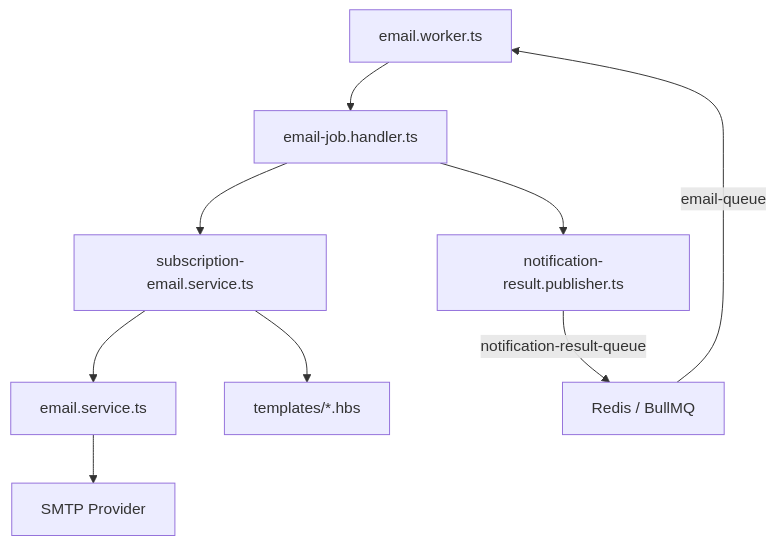
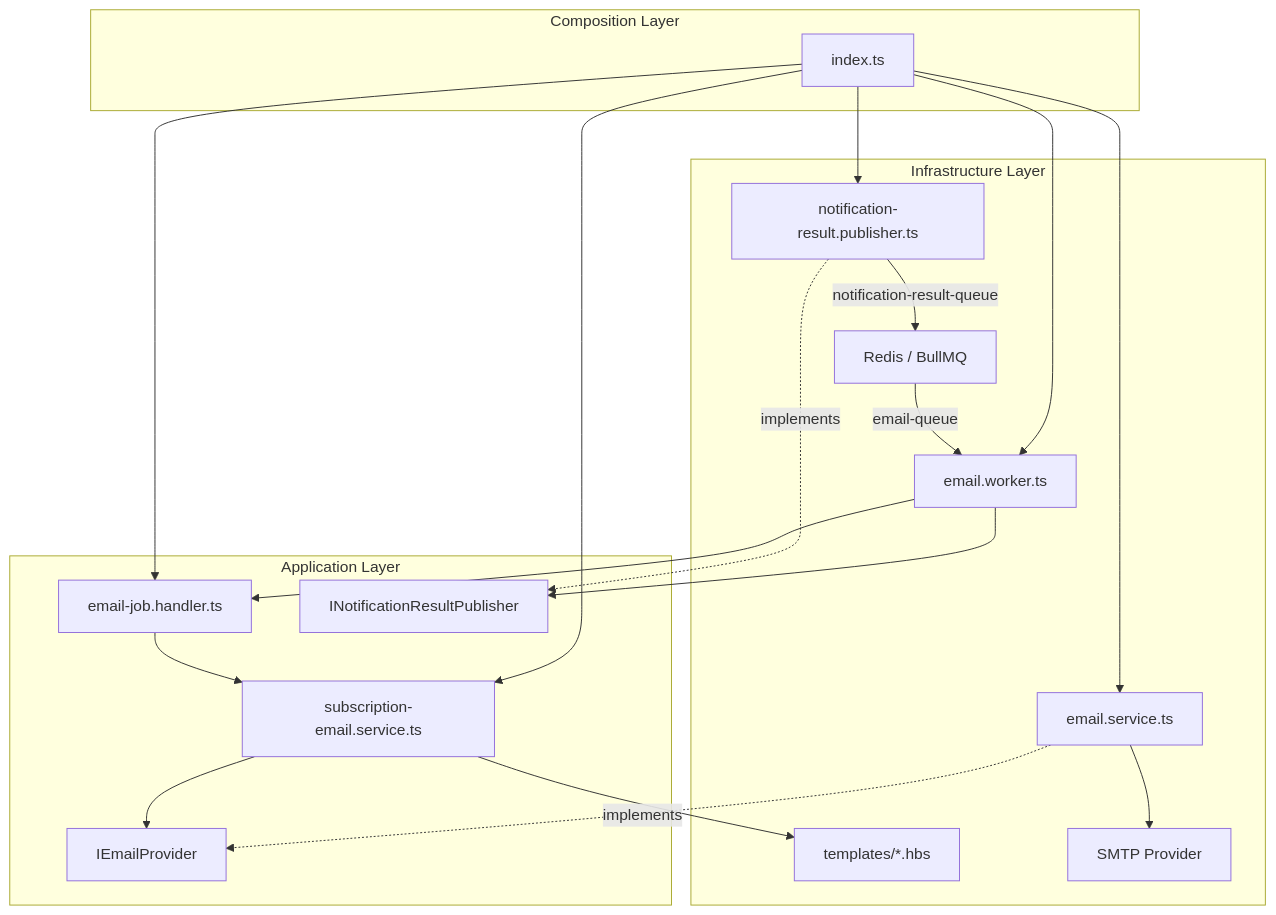
One commit to GenesisEducationKyiv/software-engineering-school-6-0-IvanGodPro24 changed the sixth of 7 diagrams in docs/architecture.md. Above: the diagram before and after it, drawn with Mermaid. The commit also changed other lines of this file and 1 other file, not shown here.

````diff
--- a/docs/architecture.md
+++ b/docs/architecture.md
@@ -225,20 +354,38 @@
 ```mermaid
 flowchart TD
-    Worker[email.worker.ts]
-    Handler[email-job.handler.ts]
-    SubscriptionEmailService[subscription-email.service.ts]
-    EmailService[email.service.ts]
-    Templates[templates/*.hbs]
-    Publisher[notification-result.publisher.ts]
-    Redis[Redis / BullMQ]
-    SMTP[SMTP Provider]
+    subgraph Composition["Composition Layer"]
+        Entry[index.ts]
+    end
 
+    subgraph Application["Application Layer"]
+        Handler[email-job.handler.ts]
+        SubscriptionEmailService[subscription-email.service.ts]
+        EmailProviderPort[IEmailProvider]
+        ResultPublisherPort[INotificationResultPublisher]
+    end
+
+    subgraph Infrastructure["Infrastructure Layer"]
+        Worker[email.worker.ts]
+        EmailService[email.service.ts]
+        Templates[templates/*.hbs]
+        Publisher[notification-result.publisher.ts]
+        Redis[Redis / BullMQ]
+        SMTP[SMTP Provider]
+    end
+
+    Entry --> Worker
+    Entry --> Handler
+    Entry --> SubscriptionEmailService
+    Entry --> EmailService
+    Entry --> Publisher
     Redis -->|email-queue| Worker
     Worker --> Handler
+    Worker --> ResultPublisherPort
     Handler --> SubscriptionEmailService
     SubscriptionEmailService --> Templates
-    SubscriptionEmailService --> EmailService
+    SubscriptionEmailService --> EmailProviderPort
+    EmailService -. implements .-> EmailProviderPort
     EmailService --> SMTP
-    Handler --> Publisher
+    Publisher -. implements .-> ResultPublisherPort
     Publisher -->|notification-result-queue| Redis
 ```
````
